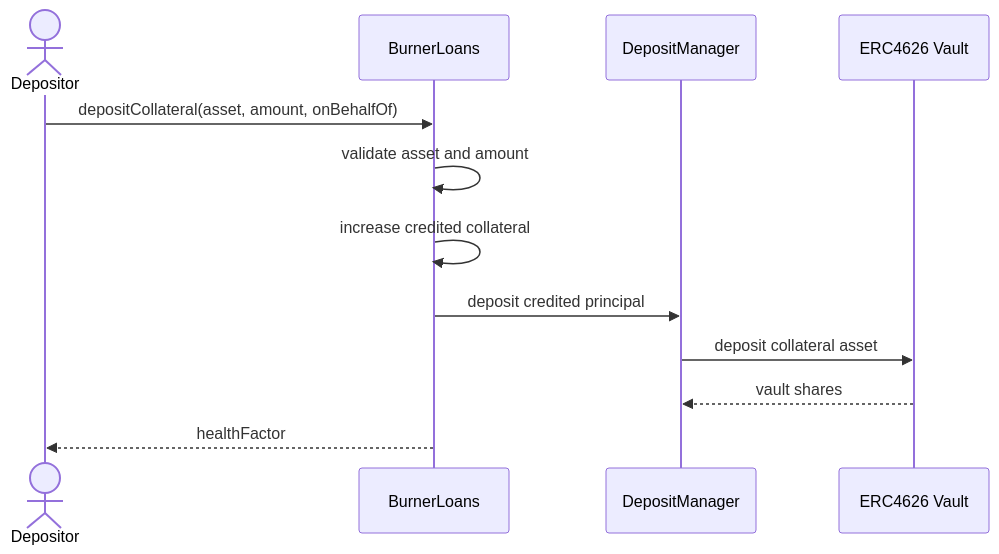
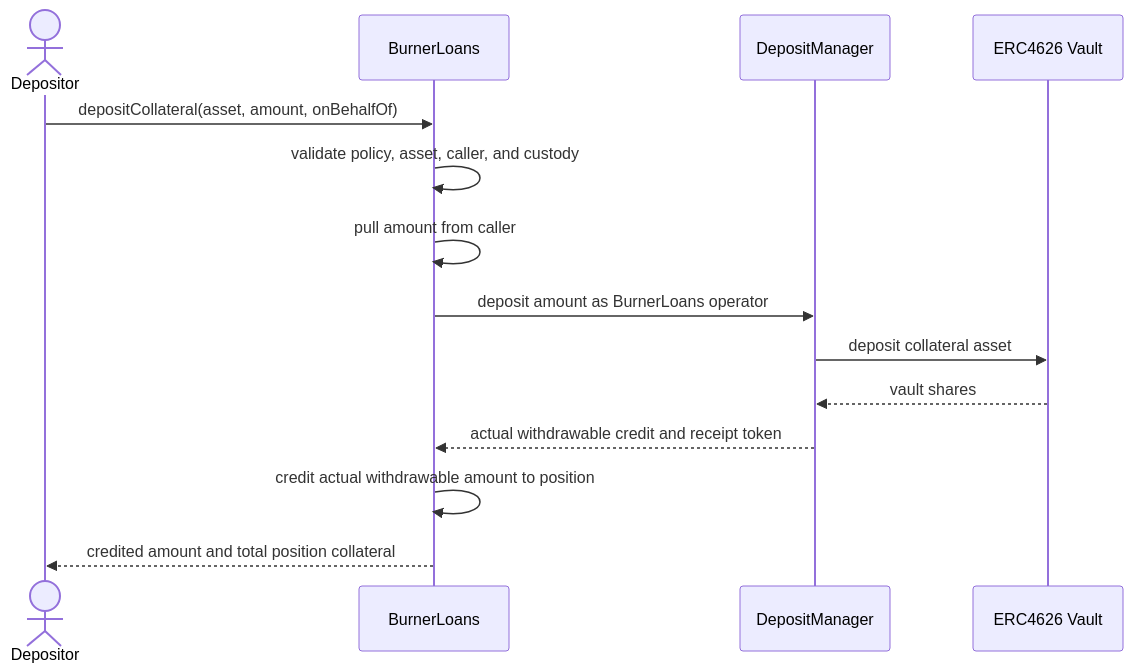
One commit to OlympusDAO/olympus-v3 changed the first of 7 diagrams in documentation/burner_loans.md. Above: the diagram before and after it, drawn with Mermaid. The commit also changed other lines of this file and 7 other files, not shown here.

Commit message:
feat(burner-loans): add collateral deposit and withdrawal

````diff
--- a/documentation/burner_loans.md
+++ b/documentation/burner_loans.md
@@ -49,15 +49,17 @@
 ```mermaid
 sequenceDiagram
     actor Depositor
     participant BurnerLoans
     participant DepositManager
     participant Vault as ERC4626 Vault
 
     Depositor->>BurnerLoans: depositCollateral(asset, amount, onBehalfOf)
-    BurnerLoans->>BurnerLoans: validate asset and amount
-    BurnerLoans->>BurnerLoans: increase credited collateral
-    BurnerLoans->>DepositManager: deposit credited principal
+    BurnerLoans->>BurnerLoans: validate policy, asset, caller, and custody
+    BurnerLoans->>BurnerLoans: pull amount from caller
+    BurnerLoans->>DepositManager: deposit amount as BurnerLoans operator
     DepositManager->>Vault: deposit collateral asset
     Vault-->>DepositManager: vault shares
-    BurnerLoans-->>Depositor: healthFactor
+    DepositManager-->>BurnerLoans: actual withdrawable credit and receipt token
+    BurnerLoans->>BurnerLoans: credit actual withdrawable amount to position
+    BurnerLoans-->>Depositor: credited amount and total position collateral
 ```
````
